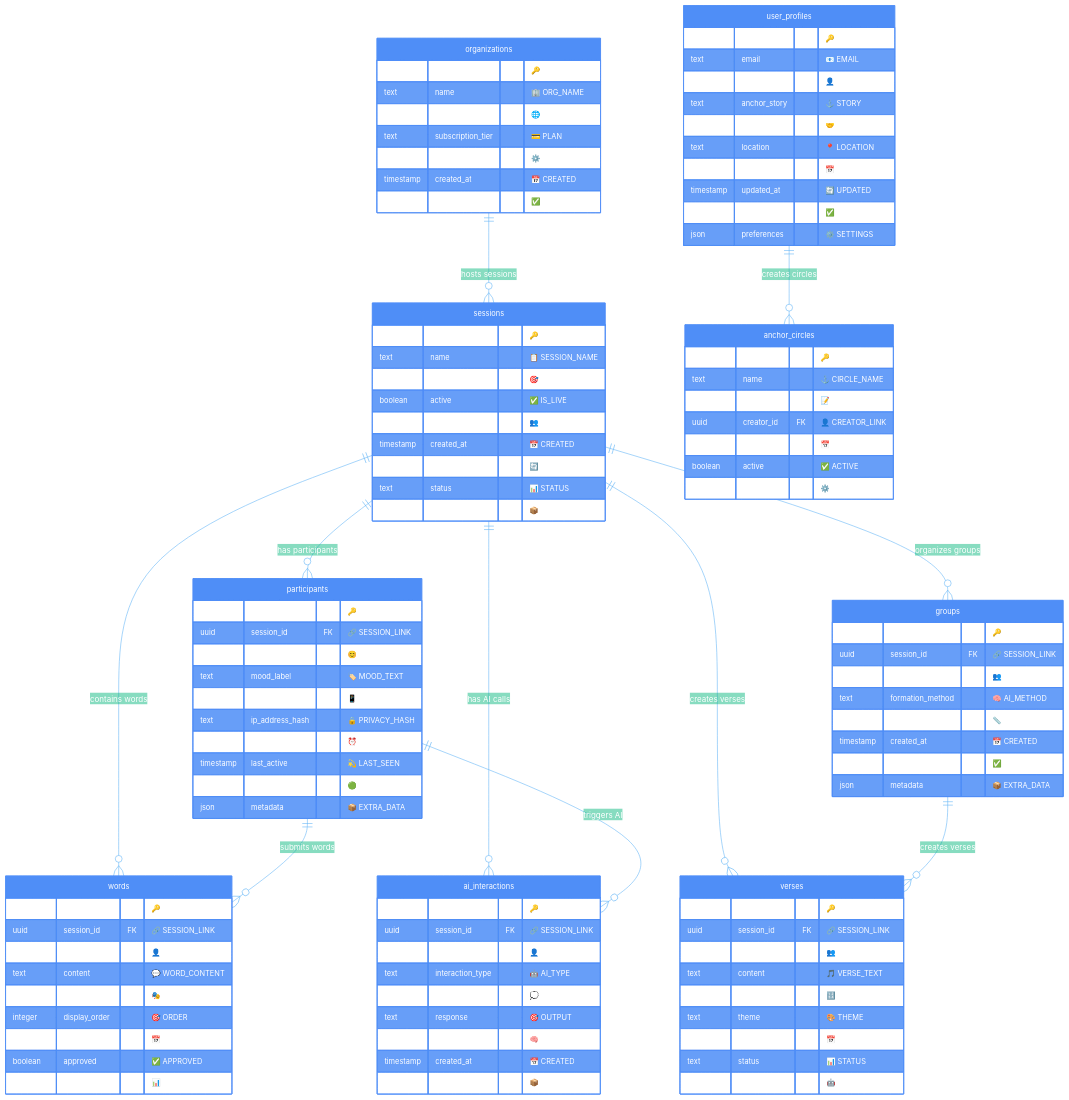
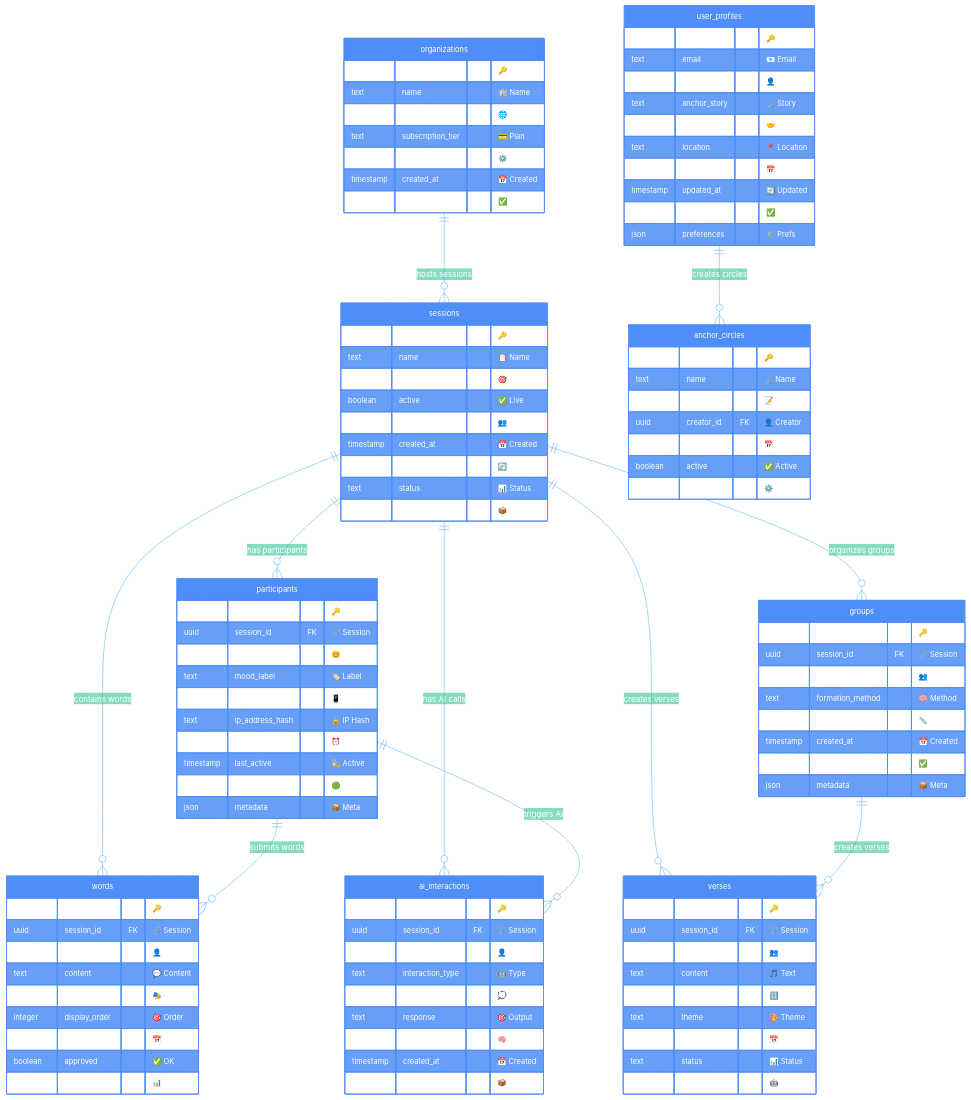
The diagram in database_diagram_only.md (asabaal/qcf2026experience), drawn with Mermaid before and after one commit.

Commit message:
separted diagram

```diff
--- a/database_diagram_only.md
+++ b/database_diagram_only.md
@@ -13,111 +13,111 @@
 erDiagram
     %% 🔥 PHASE 1: MVP 1.0 - CORE FOUNDATION
     sessions {
-        uuid id PK "🔑 PRIMARY_KEY"
-        text name "📋 SESSION_NAME"
-        text event_code "🎯 QR_CODE_ID"
-        boolean active "✅ IS_LIVE"
-        integer participant_count "👥 LIVE_COUNT"
-        timestamp created_at "📅 CREATED"
-        timestamp updated_at "🔄 UPDATED"
-        text status "📊 STATUS"
-        json metadata "📦 EXTRA_DATA"
+        uuid id PK "🔑 PK"
+        text name "📋 Name"
+        text event_code "🎯 QR Code"
+        boolean active "✅ Live"
+        integer participant_count "👥 Count"
+        timestamp created_at "📅 Created"
+        timestamp updated_at "🔄 Updated"
+        text status "📊 Status"
+        json metadata "📦 Meta"
     }
     
     participants {
-        uuid id PK "🔑 PRIMARY_KEY"
-        uuid session_id FK "🔗 SESSION_LINK"
-        text mood_emoji "😊 USER_MOOD"
-        text mood_label "🏷️ MOOD_TEXT"
-        text user_agent "📱 DEVICE_INFO"
-        text ip_address_hash "🔒 PRIVACY_HASH"
-        timestamp joined_at "⏰ JOIN_TIME"
-        timestamp last_active "💫 LAST_SEEN"
-        boolean is_active "🟢 ONLINE"
-        json metadata "📦 EXTRA_DATA"
+        uuid id PK "🔑 PK"
+        uuid session_id FK "🔗 Session"
+        text mood_emoji "😊 Mood"
+        text mood_label "🏷️ Label"
+        text user_agent "📱 Device"
+        text ip_address_hash "🔒 IP Hash"
+        timestamp joined_at "⏰ Joined"
+        timestamp last_active "💫 Active"
+        boolean is_active "🟢 Online"
+        json metadata "📦 Meta"
     }
     
     words {
-        uuid id PK "🔑 PRIMARY_KEY"
-        uuid session_id FK "🔗 SESSION_LINK"
-        uuid participant_id FK "👤 AUTHOR"
-        text content "💬 WORD_CONTENT"
-        text mood_context "🎭 MOOD_CONTEXT"
-        integer display_order "🎯 ORDER"
-        timestamp created_at "📅 CREATED"
-        boolean approved "✅ APPROVED"
-        text status "📊 STATUS"
+        uuid id PK "🔑 PK"
+        uuid session_id FK "🔗 Session"
+        uuid participant_id FK "👤 Author"
+        text content "💬 Content"
+        text mood_context "🎭 Context"
+        integer display_order "🎯 Order"
+        timestamp created_at "📅 Created"
+        boolean approved "✅ OK"
+        text status "📊 Status"
     }
     
     %% ✨ PHASE 2: MVP 2.0 - AI MAGIC
     groups {
-        uuid id PK "🔑 PRIMARY_KEY"
-        uuid session_id FK "🔗 SESSION_LINK"
-        text name "👥 GROUP_NAME"
-        text formation_method "🧠 AI_METHOD"
-        integer max_size "📏 MAX_SIZE"
-        timestamp created_at "📅 CREATED"
-        boolean active "✅ ACTIVE"
-        json metadata "📦 EXTRA_DATA"
+        uuid id PK "🔑 PK"
+        uuid session_id FK "🔗 Session"
+        text name "👥 Name"
+        text formation_method "🧠 Method"
+        integer max_size "📏 Size"
+        timestamp created_at "📅 Created"
+        boolean active "✅ Active"
+        json metadata "📦 Meta"
     }
     
     verses {
-        uuid id PK "🔑 PRIMARY_KEY"
-        uuid session_id FK "🔗 SESSION_LINK"
-        uuid group_id FK "👥 GROUP_LINK"
-        text content "🎵 VERSE_TEXT"
-        text verse_number "🔢 VERSE_NUMBER"
-        text theme "🎨 THEME"
-        timestamp created_at "📅 CREATED"
-        text status "📊 STATUS"
-        json ai_metadata "🤖 AI_DATA"
+        uuid id PK "🔑 PK"
+        uuid session_id FK "🔗 Session"
+        uuid group_id FK "👥 Group"
+        text content "🎵 Text"
+        text verse_number "🔢 Number"
+        text theme "🎨 Theme"
+        timestamp created_at "📅 Created"
+        text status "📊 Status"
+        json ai_metadata "🤖 AI Data"
     }
     
     ai_interactions {
-        uuid id PK "🔑 PRIMARY_KEY"
-        uuid session_id FK "🔗 SESSION_LINK"
-        uuid participant_id FK "👤 USER_LINK"
-        text interaction_type "🤖 AI_TYPE"
-        text prompt "💭 INPUT"
-        text response "🎯 OUTPUT"
-        text model_used "🧠 AI_MODEL"
-        timestamp created_at "📅 CREATED"
-        json metadata "📦 EXTRA_DATA"
+        uuid id PK "🔑 PK"
+        uuid session_id FK "🔗 Session"
+        uuid participant_id FK "👤 User"
+        text interaction_type "🤖 Type"
+        text prompt "💭 Input"
+        text response "🎯 Output"
+        text model_used "🧠 Model"
+        timestamp created_at "📅 Created"
+        json metadata "📦 Meta"
     }
     
     %% 🚀 PHASE 3: MVP 3.0 - COMMUNITY
     user_profiles {
-        uuid id PK "🔑 PRIMARY_KEY"
-        text email "📧 EMAIL"
-        text name "👤 NAME"
-        text anchor_story "⚓ STORY"
-        text commitment "🤝 PROMISE"
-        text location "📍 LOCATION"
-        timestamp created_at "📅 CREATED"
-        timestamp updated_at "🔄 UPDATED"
-        boolean active "✅ ACTIVE"
-        json preferences "⚙️ SETTINGS"
+        uuid id PK "🔑 PK"
+        text email "📧 Email"
+        text name "👤 Name"
+        text anchor_story "⚓ Story"
+        text commitment "🤝 Promise"
+        text location "📍 Location"
+        timestamp created_at "📅 Created"
+        timestamp updated_at "🔄 Updated"
+        boolean active "✅ Active"
+        json preferences "⚙️ Prefs"
     }
     
     anchor_circles {
-        uuid id PK "🔑 PRIMARY_KEY"
-        text name "⚓ CIRCLE_NAME"
-        text description "📝 DESCRIPTION"
-        uuid creator_id FK "👤 CREATOR_LINK"
-        timestamp created_at "📅 CREATED"
-        boolean active "✅ ACTIVE"
-        json settings "⚙️ CONFIG"
+        uuid id PK "🔑 PK"
+        text name "⚓ Name"
+        text description "📝 Desc"
+        uuid creator_id FK "👤 Creator"
+        timestamp created_at "📅 Created"
+        boolean active "✅ Active"
+        json settings "⚙️ Config"
     }
     
     %% 🌐 PHASE 4: PLATFORM - ENTERPRISE
     organizations {
-        uuid id PK "🔑 PRIMARY_KEY"
-        text name "🏢 ORG_NAME"
-        text domain "🌐 DOMAIN"
-        text subscription_tier "💳 PLAN"
-        json settings "⚙️ CONFIG"
-        timestamp created_at "📅 CREATED"
-        boolean active "✅ ACTIVE"
+        uuid id PK "🔑 PK"
+        text name "🏢 Name"
+        text domain "🌐 Domain"
+        text subscription_tier "💳 Plan"
+        json settings "⚙️ Config"
+        timestamp created_at "📅 Created"
+        boolean active "✅ Active"
     }
 
     %% 🔗 CORE RELATIONSHIPS (MVP 1.0)
```
